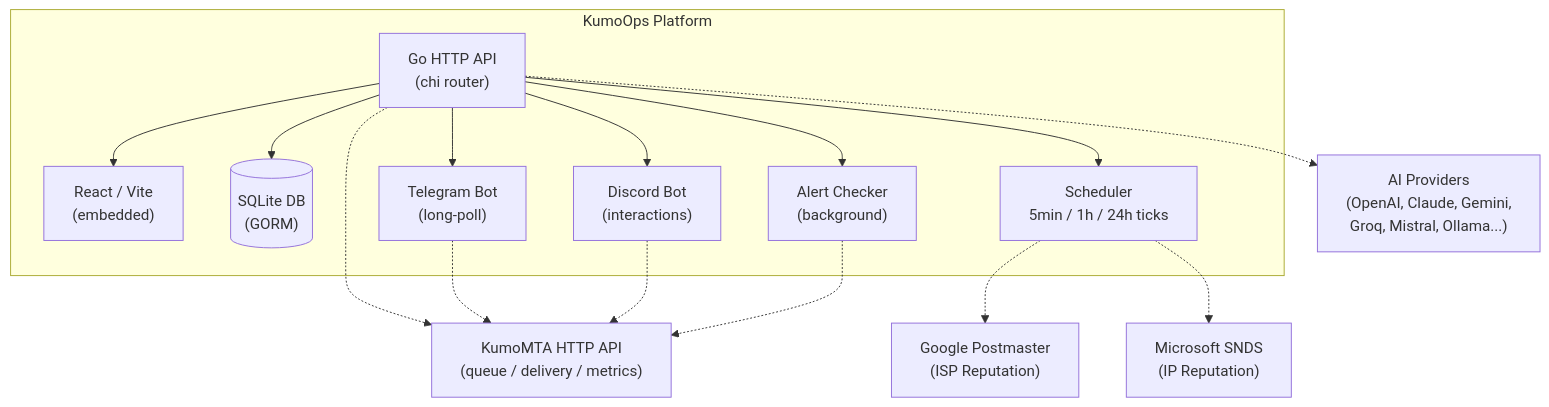
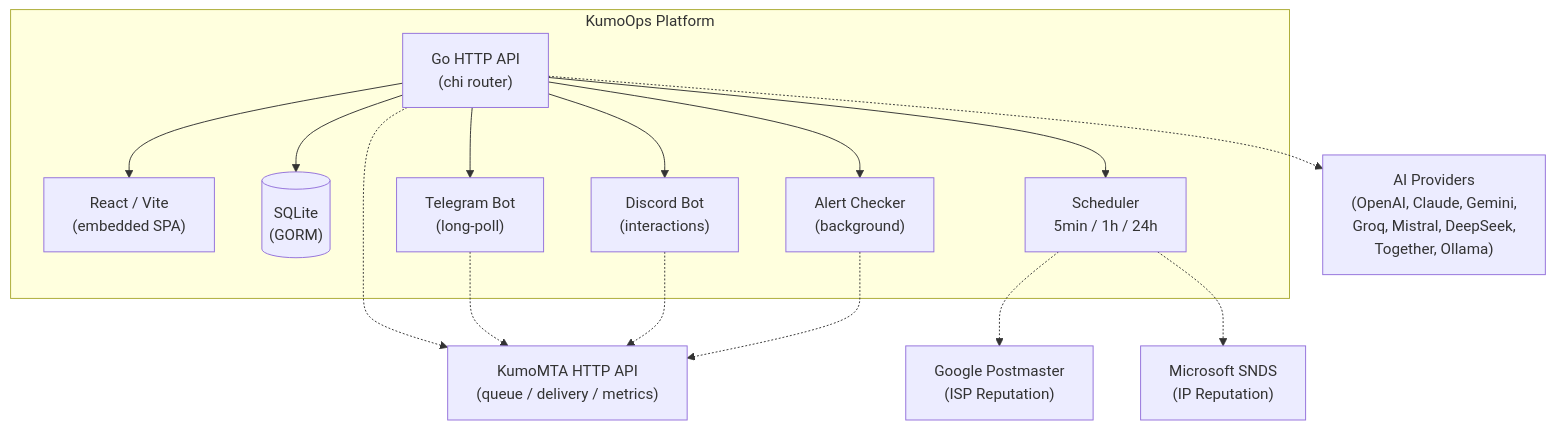
One commit to pulak-ranjan/kumoops changed the diagram in README.md. Above: the diagram before and after it, drawn with Mermaid. The commit also changed other lines of this file and 1 other file, not shown here.

First line of the commit message:
docs: fix Docker warning for KumoMTA conflict, email-only funding

````diff
--- a/README.md
+++ b/README.md
@@ -330,34 +334,34 @@
 ```mermaid
 flowchart TD
     subgraph KumoOps [KumoOps Platform]
-        React["React / Vite\n(embedded)"]
-        API["Go HTTP API\n(chi router)"]
-        DB[("SQLite DB\n(GORM)")]
+        React["React / Vite<br/>(embedded SPA)"]
+        API["Go HTTP API<br/>(chi router)"]
+        DB[("SQLite<br/>(GORM)")]
 
         API --> React
         API --> DB
 
-        BotT["Telegram Bot\n(long-poll)"]
-        BotD["Discord Bot\n(interactions)"]
-        Alert["Alert Checker\n(background)"]
-        Sched["Scheduler\n5min / 1h / 24h ticks"]
+        BotT["Telegram Bot<br/>(long-poll)"]
+        BotD["Discord Bot<br/>(interactions)"]
+        Alert["Alert Checker<br/>(background)"]
+        Sched["Scheduler<br/>5min / 1h / 24h"]
 
         API --> BotT
         API --> BotD
         API --> Alert
         API --> Sched
     end
 
-    MTA["KumoMTA HTTP API\n(queue / delivery / metrics)"]
-    AI["AI Providers\n(OpenAI, Claude, Gemini,\nGroq, Mistral, Ollama...)"]
-    Google["Google Postmaster\n(ISP Reputation)"]
-    SNDS["Microsoft SNDS\n(IP Reputation)"]
+    MTA["KumoMTA HTTP API<br/>(queue / delivery / metrics)"]
+    AI["AI Providers<br/>(OpenAI, Claude, Gemini,<br/>Groq, Mistral, DeepSeek,<br/>Together, Ollama)"]
+    Google["Google Postmaster<br/>(ISP Reputation)"]
+    SNDS["Microsoft SNDS<br/>(IP Reputation)"]
 
     API -.-> MTA
     API -.-> AI
     Sched -.-> Google
     Sched -.-> SNDS
     BotT -.-> MTA
     BotD -.-> MTA
     Alert -.-> MTA
 ```
````
